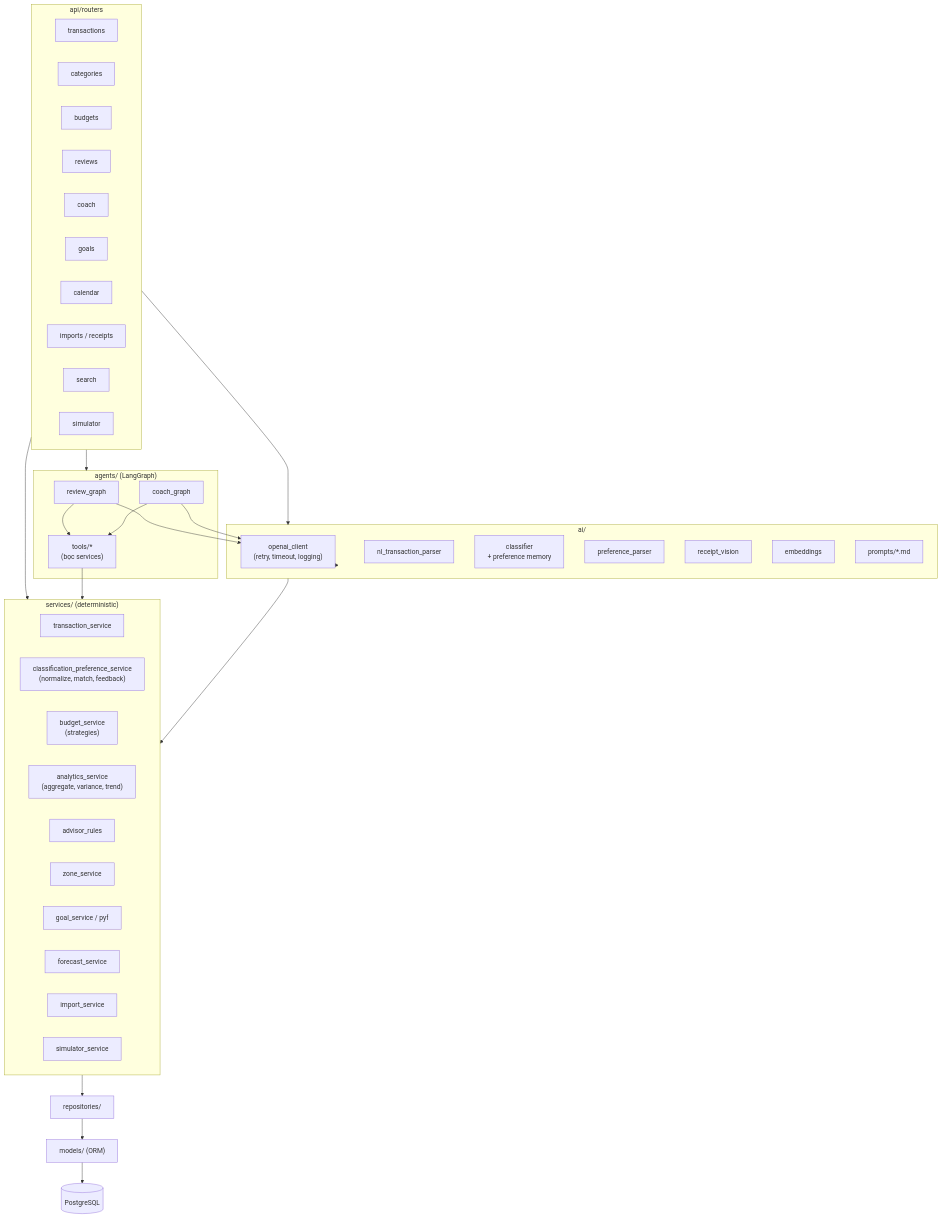
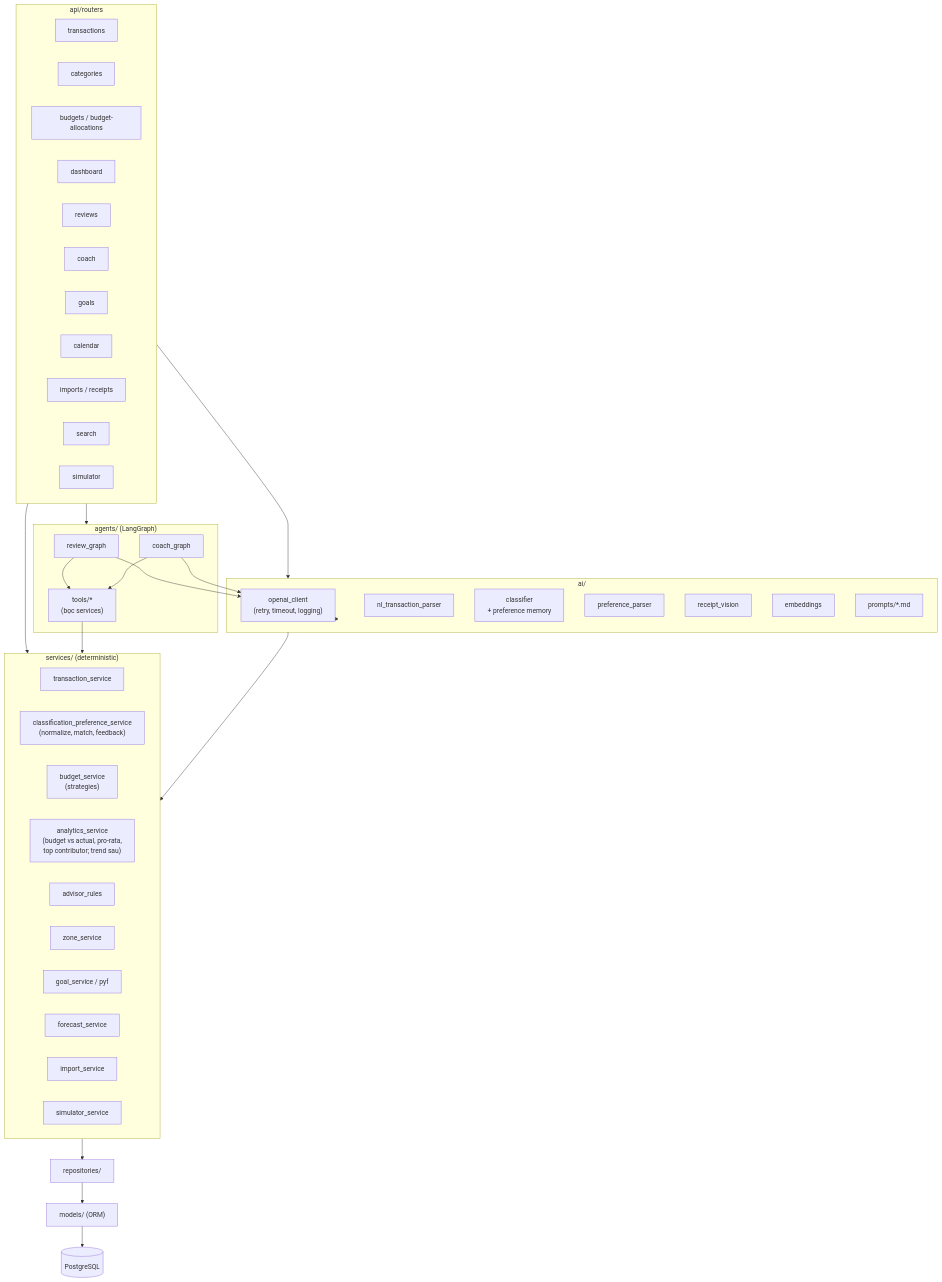
One commit to dangbh96/AI-personal-finance-assistant changed the diagram in docs/architecture/backend-components.md. Above: the diagram before and after it, drawn with Mermaid. The commit also changed 30 other files, not shown here.

First line of the commit message:
phase-05: budget vs actual

````diff
--- a/docs/architecture/backend-components.md
+++ b/docs/architecture/backend-components.md
@@ -5,60 +5,61 @@
 ```mermaid
 flowchart TB
     subgraph api ["api/routers"]
         r_tx["transactions"]
         r_cat["categories"]
-        r_budget["budgets"]
+        r_budget["budgets / budget-allocations"]
+        r_dash["dashboard"]
         r_review["reviews"]
         r_coach["coach"]
         r_goal["goals"]
         r_cal["calendar"]
         r_imp["imports / receipts"]
         r_search["search"]
         r_sim["simulator"]
     end
 
     subgraph ai ["ai/"]
         client["openai_client<br/>(retry, timeout, logging)"]
         nlp["nl_transaction_parser"]
         cls["classifier<br/>+ preference memory"]
         pref["preference_parser"]
         vis["receipt_vision"]
         emb["embeddings"]
         prompts["prompts/*.md"]
     end
 
     subgraph agents ["agents/ (LangGraph)"]
         g_review["review_graph"]
         g_coach["coach_graph"]
         tools["tools/*<br/>(bọc services)"]
     end
 
     subgraph services ["services/ (deterministic)"]
         s_tx["transaction_service"]
         s_pref["classification_preference_service<br/>(normalize, match, feedback)"]
         s_budget["budget_service<br/>(strategies)"]
-        s_analytics["analytics_service<br/>(aggregate, variance, trend)"]
+        s_analytics["analytics_service<br/>(budget vs actual, pro-rata,<br/>top contributor; trend sau)"]
         s_advisor["advisor_rules"]
         s_zone["zone_service"]
         s_goal["goal_service / pyf"]
         s_fc["forecast_service"]
         s_imp["import_service"]
         s_sim["simulator_service"]
     end
 
     repos["repositories/"]
     models["models/ (ORM)"]
     db[("PostgreSQL")]
 
     api --> services
     api --> ai
     api --> agents
     g_review --> tools
     g_coach --> tools
     tools --> services
     g_review --> client
     g_coach --> client
     ai --> client
     ai --> services
     services --> repos --> models --> db
 ```
````
